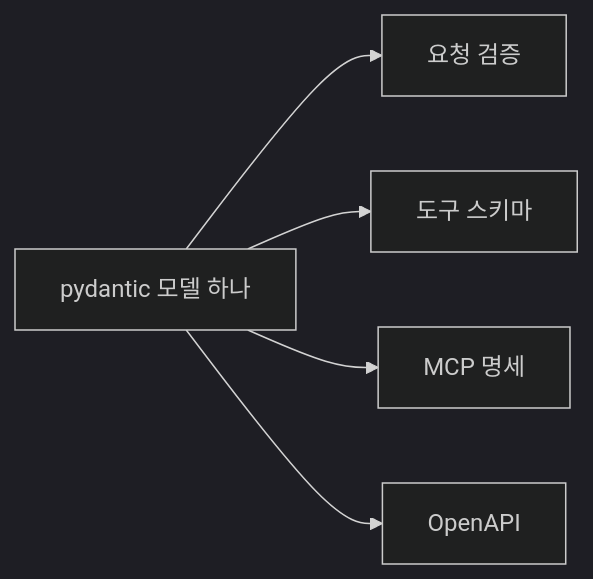
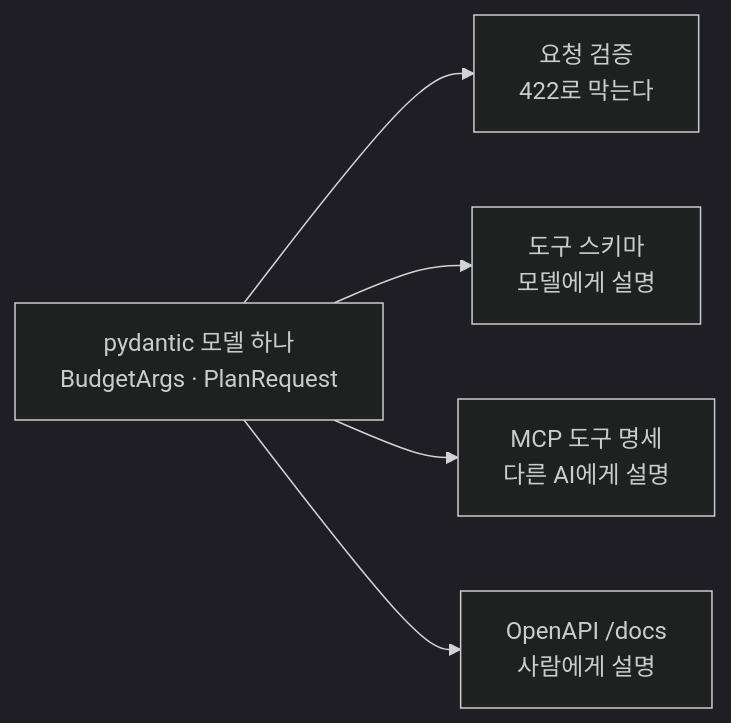
The eighth of 29 diagrams in site/src/content/slides/ko/session-08/index.mdx (2026-ai-service-engineering-a/ai_service_engineering-track_a), drawn with Mermaid (dark theme) before and after one commit. The commit also changed other lines of this file and 1 other file, not shown here.

Commit message:
Carry every diagram from the doc into the deck

````diff
--- a/site/src/content/slides/ko/session-08/index.mdx
+++ b/site/src/content/slides/ko/session-08/index.mdx
@@ -432,4 +432,8 @@
 ```mermaid
 flowchart LR
-    P["pydantic 모델 하나"] --> A["요청 검증"] & B["도구 스키마"] & C["MCP 명세"] & D["OpenAPI"]
+    P["pydantic 모델 하나<br/>BudgetArgs · PlanRequest"]
+    P --> A["요청 검증<br/>422로 막는다"]
+    P --> B["도구 스키마<br/>모델에게 설명"]
+    P --> C["MCP 도구 명세<br/>다른 AI에게 설명"]
+    P --> D["OpenAPI /docs<br/>사람에게 설명"]
 ```
````
